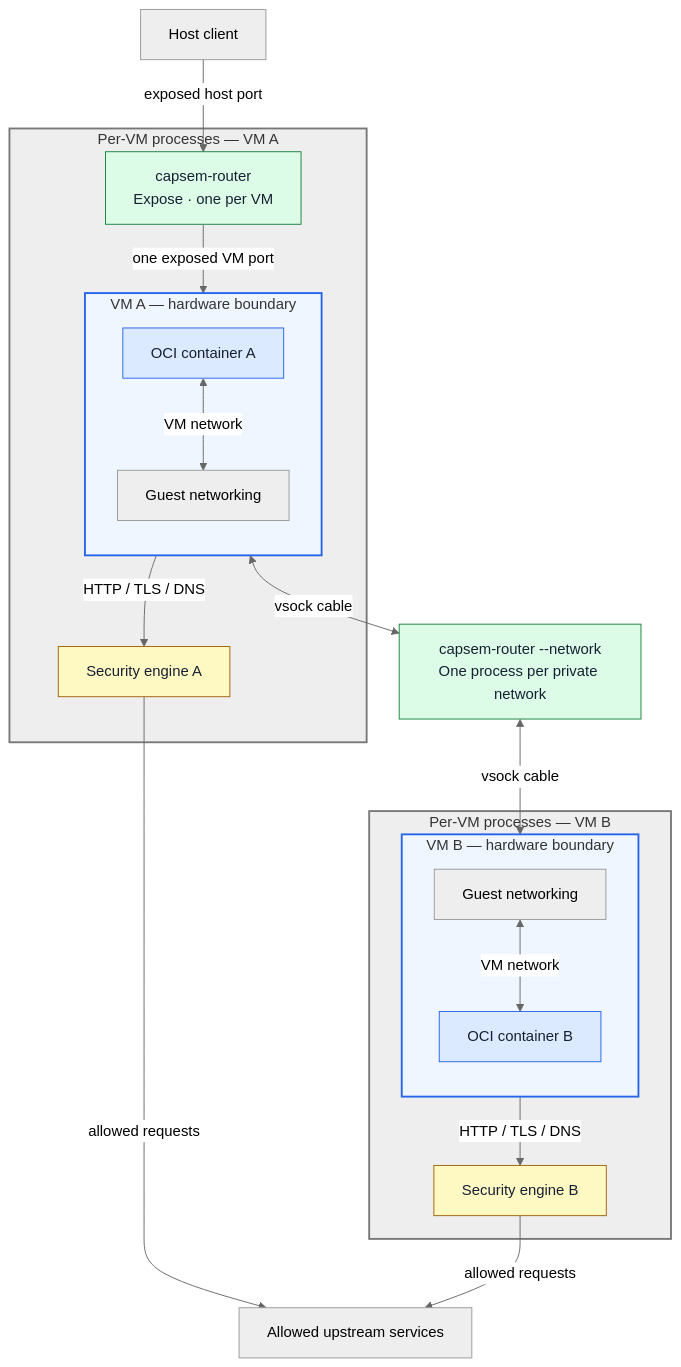
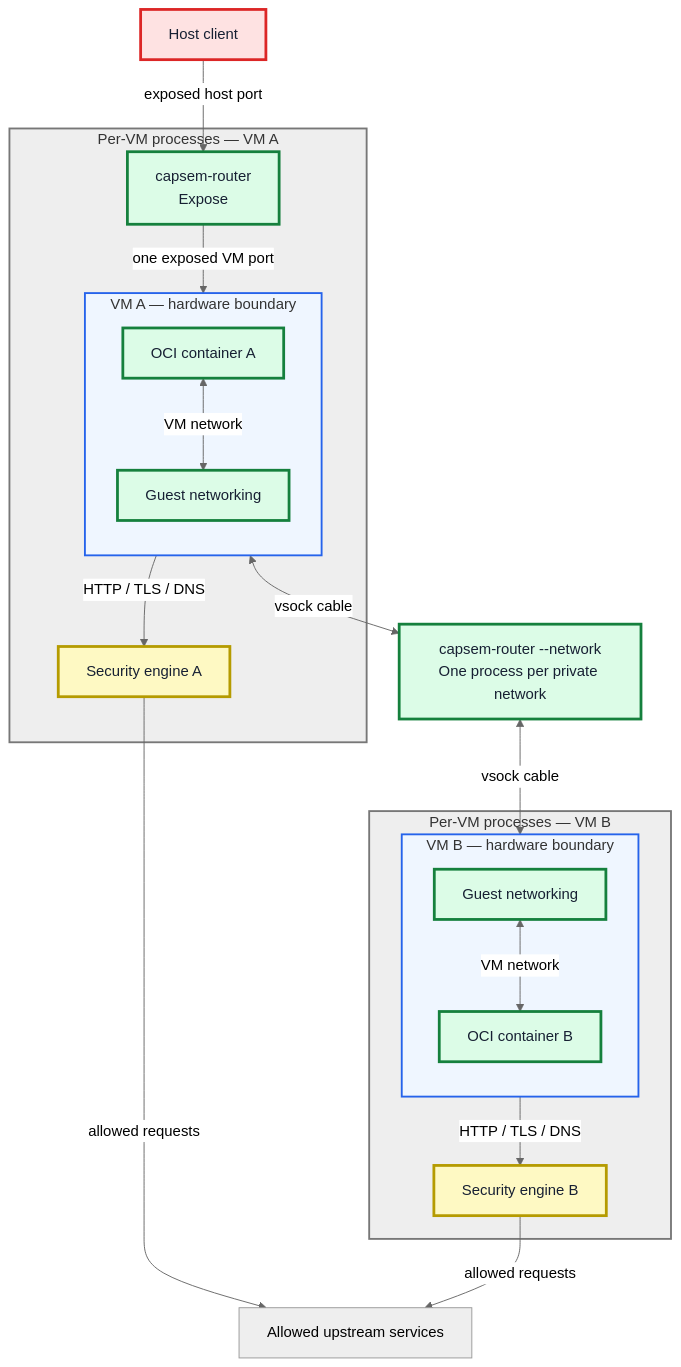
One commit to google/capsem changed the second of 2 diagrams in web/docs/src/content/docs/architecture/security.md. Above: the diagram before and after it, drawn with Mermaid. The commit also changed other lines of this file and 2 other files, not shown here.

````diff
--- a/web/docs/src/content/docs/architecture/security.md
+++ b/web/docs/src/content/docs/architecture/security.md
@@ -70,48 +80,48 @@
 ```mermaid
 %%{init: {"theme": "neutral"}}%%
 flowchart TB
   host["Host client"]
 
   subgraph perA["Per-VM processes — VM A"]
-    exposeA["capsem-router<br/>Expose · one per VM"]
+    exposeA["capsem-router<br/>Expose"]
     subgraph vmA["VM A — hardware boundary"]
       direction TB
       containerA["OCI container A"]
       guestA["Guest networking"]
       containerA <-->|VM network| guestA
     end
     engineA["Security engine A"]
     exposeA -->|one exposed VM port| guestA
     guestA -->|HTTP / TLS / DNS| engineA
   end
 
   network["capsem-router --network<br/>One process per private network"]
 
   subgraph perB["Per-VM processes — VM B"]
     subgraph vmB["VM B — hardware boundary"]
       direction TB
       guestB["Guest networking"]
       containerB["OCI container B"]
       guestB <-->|VM network| containerB
     end
     engineB["Security engine B"]
     guestB -->|HTTP / TLS / DNS| engineB
   end
 
   host -->|exposed host port| exposeA
   guestA <-->|vsock cable| network
   network <-->|vsock cable| guestB
   engineA -->|allowed requests| upstream["Allowed upstream services"]
   engineB -->|allowed requests| upstream
 
-  classDef scoped fill:#fef9c3,stroke:#a16207,color:#172033
-  classDef minimal fill:#dcfce7,stroke:#15803d,color:#172033
-  classDef guest fill:#dbeafe,stroke:#2563eb,color:#172033
-  class engineA,engineB scoped
-  class exposeA,network minimal
-  class containerA,containerB guest
+  classDef maximum fill:#fee2e2,stroke:#dc2626,stroke-width:3px,color:#172033
+  classDef limited fill:#fef9c3,stroke:#b59b00,stroke-width:3px,color:#172033
+  classDef minimum fill:#dcfce7,stroke:#15803d,stroke-width:3px,color:#172033
+  class host maximum
+  class engineA,engineB limited
+  class exposeA,network,containerA,containerB,guestA,guestB minimum
   style perA fill:#eeeeee,stroke:#777777,stroke-width:2px
   style perB fill:#eeeeee,stroke:#777777,stroke-width:2px
   style vmA fill:#eff6ff,stroke:#2563eb,stroke-width:2px
   style vmB fill:#eff6ff,stroke:#2563eb,stroke-width:2px
 ```
````
